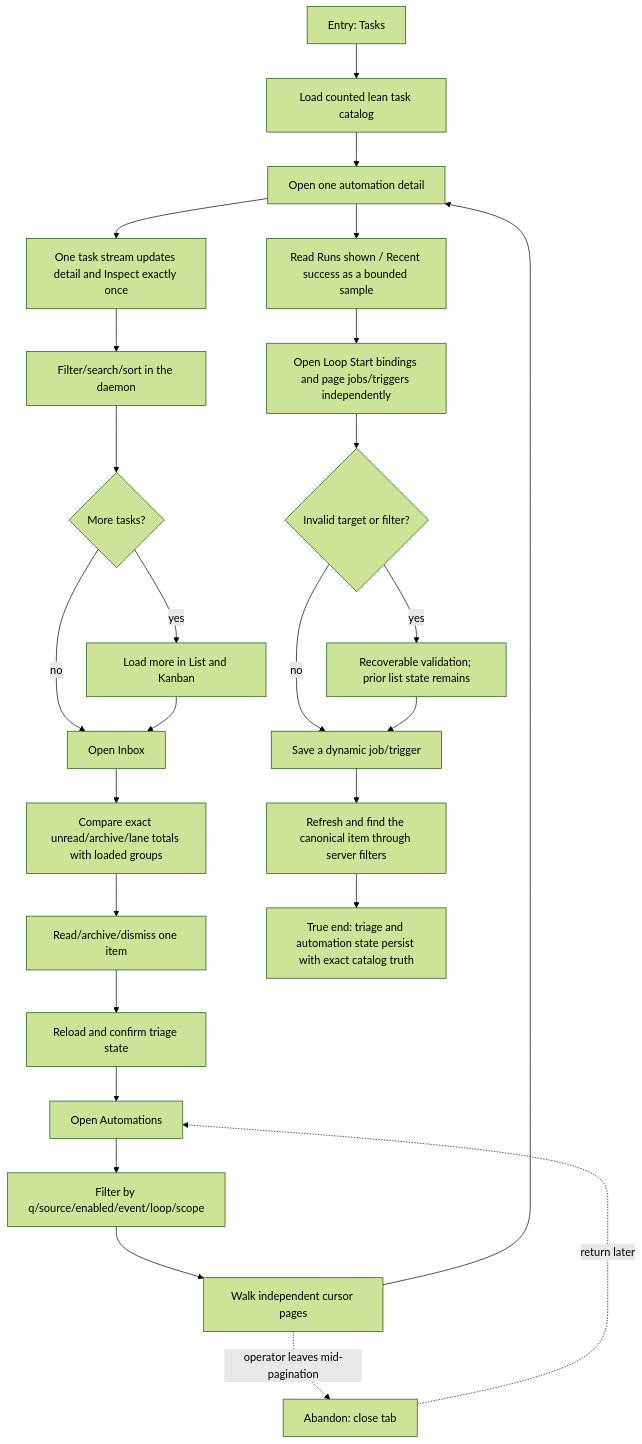
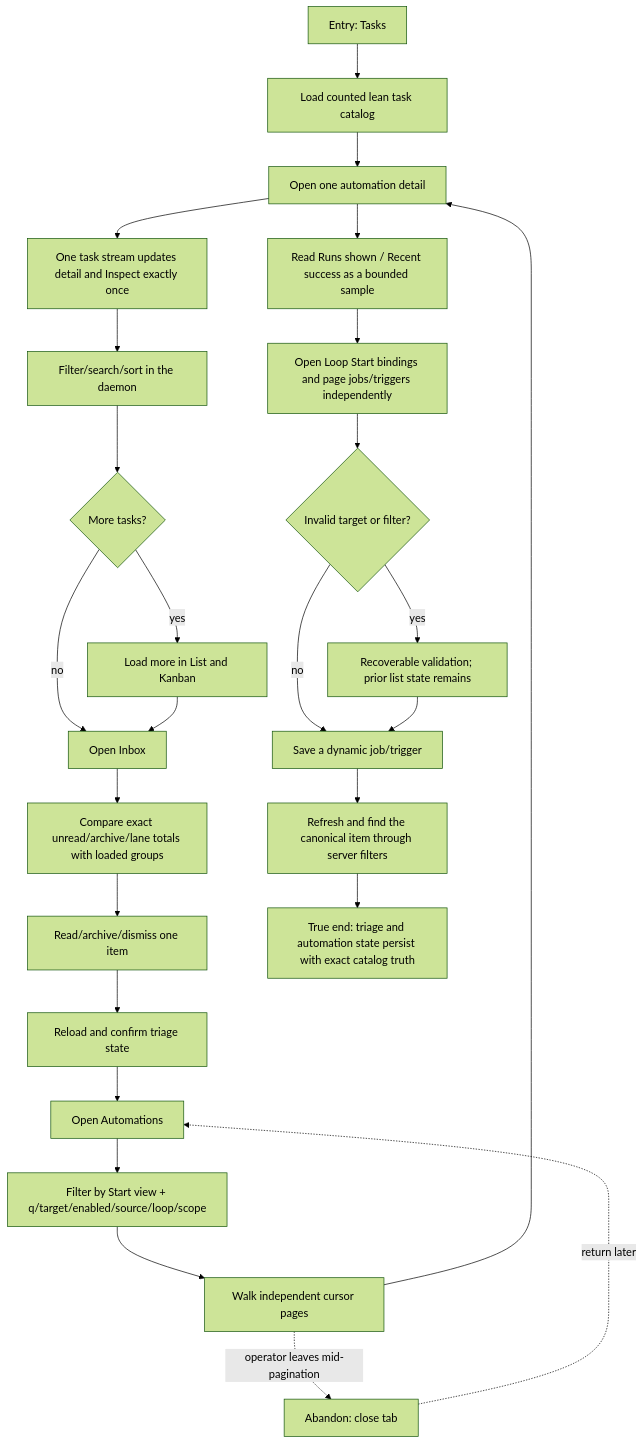
One commit to compozy/compozy changed the diagram in docs/qa/journeys/J-24-triage-work-at-scale.md. Above: the diagram before and after it, drawn with Mermaid (forest theme). The commit also changed other lines of this file and 7 other files, not shown here.

````diff
--- a/docs/qa/journeys/J-24-triage-work-at-scale.md
+++ b/docs/qa/journeys/J-24-triage-work-at-scale.md
@@ -5,28 +5,28 @@
 ```mermaid
 flowchart TD
     E[Entry: Tasks] --> L[Load counted lean task catalog]
     L --> D[Open a live task detail and its Inspect drawer]
     D --> U[One task stream updates detail and Inspect exactly once]
     U --> F[Filter/search/sort in the daemon]
     F --> P{More tasks?}
     P -->|yes| LM[Load more in List and Kanban]
     P -->|no| I[Open Inbox]
     LM --> I
     I --> C[Compare exact unread/archive/lane totals with loaded groups]
     C --> T[Read/archive/dismiss one item]
     T --> R[Reload and confirm triage state]
     R --> A[Open Automations]
-    A --> AF[Filter by q/source/enabled/event/loop/scope]
+    A --> AF[Filter by Start view + q/target/enabled/source/loop/scope]
     AF --> AP[Walk independent cursor pages]
     AP --> D[Open one automation detail]
     D --> M[Read Runs shown / Recent success as a bounded sample]
     M --> B[Open Loop Start bindings and page jobs/triggers independently]
     B --> X{Invalid target or filter?}
     X -->|yes| ER[Recoverable validation; prior list state remains]
     X -->|no| S[Save a dynamic job/trigger]
     ER --> S
     S --> V[Refresh and find the canonical item through server filters]
     V --> TE[True end: triage and automation state persist with exact catalog truth]
     AP -.->|operator leaves mid-pagination| AB[Abandon: close tab]
     AB -.->|return later| A
 ```
````
